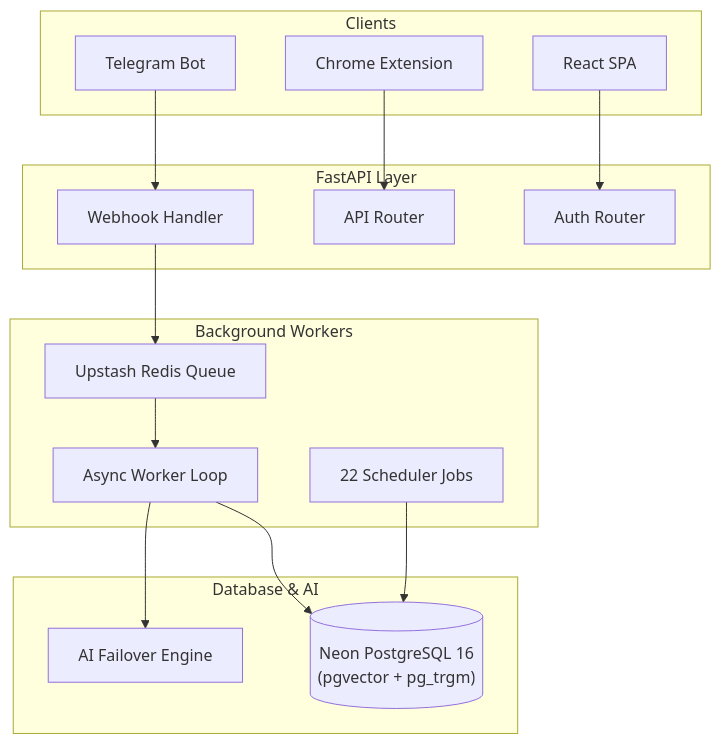
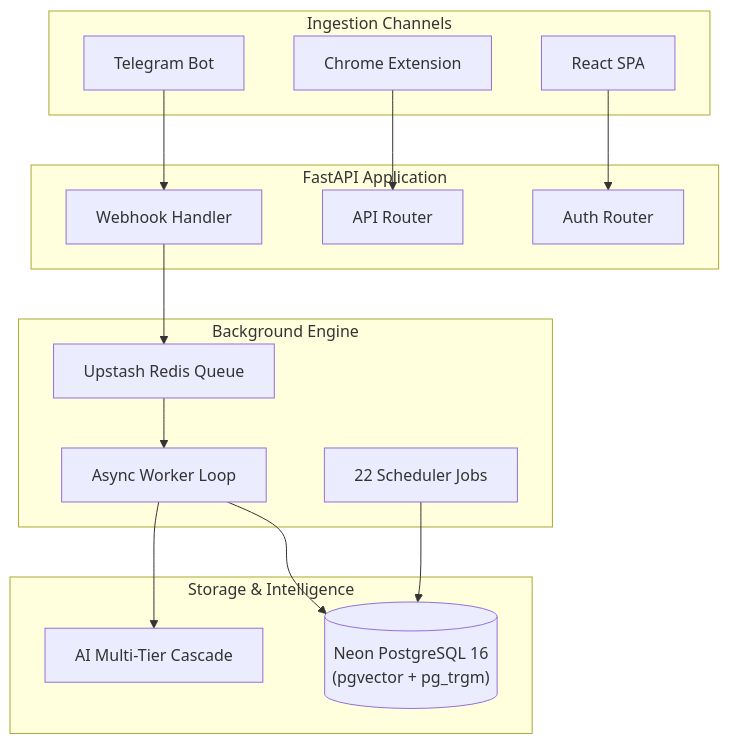
Before and after one commit to PriyanshuG27/Atrium: the diagram in README.md, drawn with Mermaid. The commit also changed other lines of this file, not shown here.

Commit message:
docs: finalize flagship product landing page README with narrative flow & gallery

````diff
--- a/README.md
+++ b/README.md
@@ -131,35 +173,35 @@
 ```mermaid
 flowchart TB
-    subgraph Ingestion["Clients"]
+    subgraph Clients["Ingestion Channels"]
         TG["Telegram Bot"]
         EXT["Chrome Extension"]
         SPA["React SPA"]
     end
 
-    subgraph API["FastAPI Layer"]
+    subgraph API["FastAPI Application"]
         HOOK["Webhook Handler"]
         ITEMS["API Router"]
         AUTH["Auth Router"]
     end
 
-    subgraph Async["Background Workers"]
+    subgraph Async["Background Engine"]
         REDIS["Upstash Redis Queue"]
         WORKER["Async Worker Loop"]
         SCHED["22 Scheduler Jobs"]
     end
 
-    subgraph Data["Database & AI"]
+    subgraph Data["Storage & Intelligence"]
         DB[("Neon PostgreSQL 16
 (pgvector + pg_trgm)")]
-        AI["AI Failover Engine"]
+        AI["AI Multi-Tier Cascade"]
     end
 
     TG --> HOOK
     EXT --> ITEMS
     SPA --> AUTH
     HOOK --> REDIS
     REDIS --> WORKER
     WORKER --> AI
     WORKER --> DB
     SCHED --> DB
 ```
````
